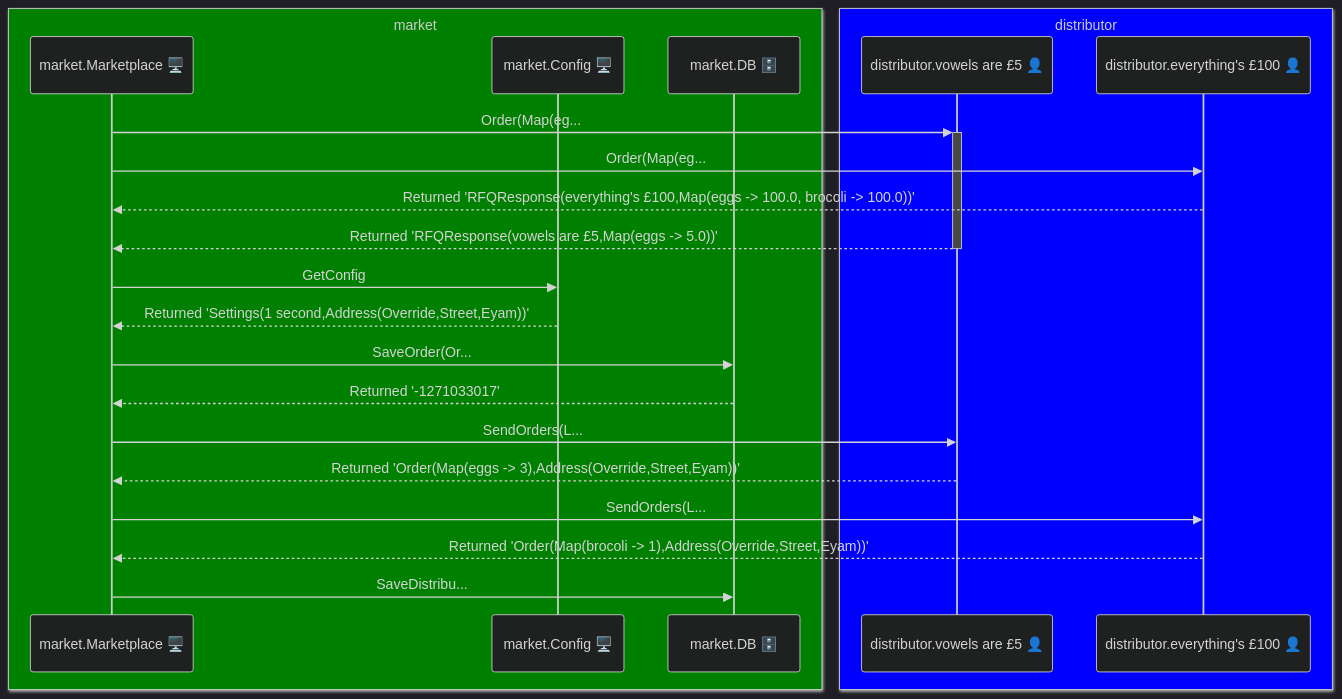
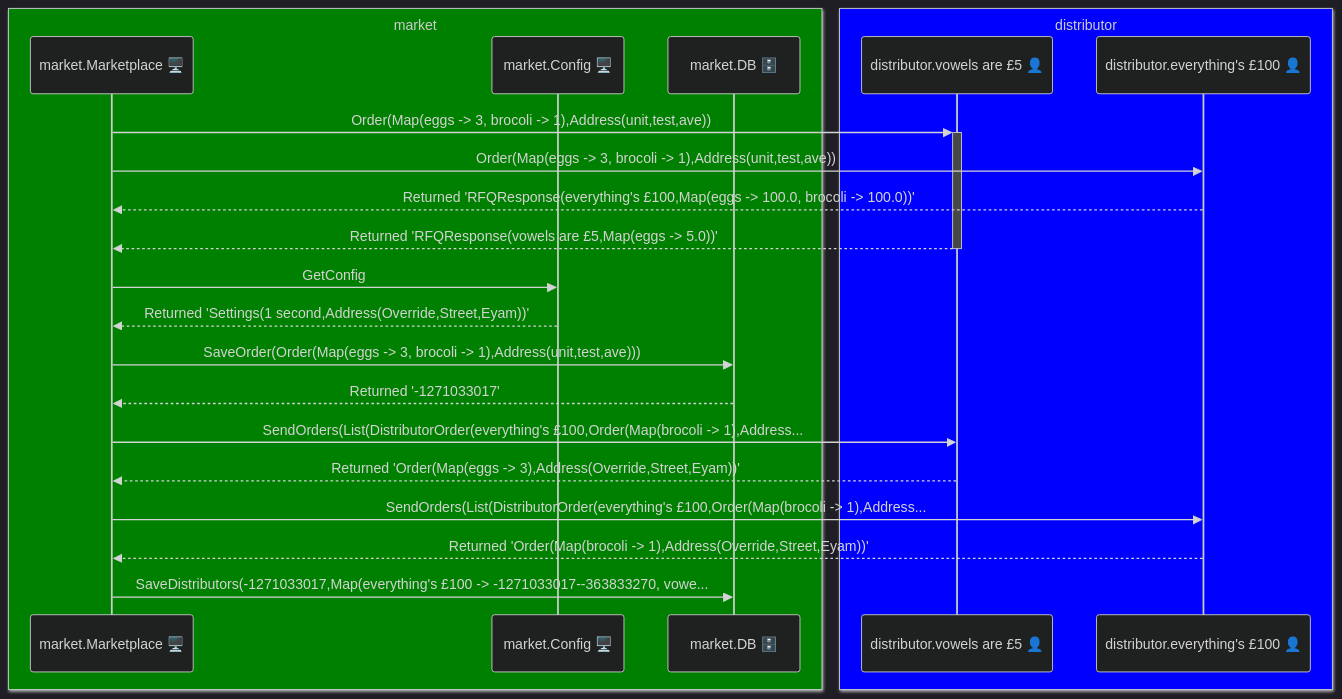
One commit to aaronp/counterparty changed the second of 3 diagrams in docs/scenarios.md. Above: the diagram before and after it, drawn with Mermaid. The commit also changed other lines of this file and 2 other files, not shown here.

Commit message:
End to end flow

````diff
--- a/docs/scenarios.md
+++ b/docs/scenarios.md
@@ -53,27 +53,27 @@
 ```mermaid
 %%{init: {"theme": "dark", 
 "themeVariables": {"primaryTextColor": "grey", "secondaryTextColor": "black", "fontFamily": "Arial", "fontSize": 14, "primaryColor": "#3498db"}}}%%
 sequenceDiagram
 	box green market
 	participant market.Marketplace 🖥️
 	participant market.Config 🖥️
 	participant market.DB 🗄️
 	end
 	box blue distributor
 	participant distributor.vowels are £5 👤
 	participant distributor.everything's £100 👤
 	end
-	market.Marketplace 🖥️ ->>+ distributor.vowels are £5 👤 : Order(Map(eg...
-	market.Marketplace 🖥️ ->> distributor.everything's £100 👤 : Order(Map(eg...
+	market.Marketplace 🖥️ ->>+ distributor.vowels are £5 👤 : Order(Map(eggs -> 3, brocoli -> 1),Address(unit,test,ave))
+	market.Marketplace 🖥️ ->> distributor.everything's £100 👤 : Order(Map(eggs -> 3, brocoli -> 1),Address(unit,test,ave))
 	distributor.everything's £100 👤 -->> market.Marketplace 🖥️ : Returned 'RFQResponse(everything's £100,Map(eggs -> 100.0, brocoli -> 100.0))'
 	distributor.vowels are £5 👤 -->>- market.Marketplace 🖥️ : Returned 'RFQResponse(vowels are £5,Map(eggs -> 5.0))'
 	market.Marketplace 🖥️ ->> market.Config 🖥️ : GetConfig
 	market.Config 🖥️ -->> market.Marketplace 🖥️ : Returned 'Settings(1 second,Address(Override,Street,Eyam))'
-	market.Marketplace 🖥️ ->> market.DB 🗄️ : SaveOrder(Or...
+	market.Marketplace 🖥️ ->> market.DB 🗄️ : SaveOrder(Order(Map(eggs -> 3, brocoli -> 1),Address(unit,test,ave)))
 	market.DB 🗄️ -->> market.Marketplace 🖥️ : Returned '-1271033017'
-	market.Marketplace 🖥️ ->> distributor.vowels are £5 👤 : SendOrders(L...
+	market.Marketplace 🖥️ ->> distributor.vowels are £5 👤 : SendOrders(List(DistributorOrder(everything's £100,Order(Map(brocoli -> 1),Address...
 	distributor.vowels are £5 👤 -->> market.Marketplace 🖥️ : Returned 'Order(Map(eggs -> 3),Address(Override,Street,Eyam))'
-	market.Marketplace 🖥️ ->> distributor.everything's £100 👤 : SendOrders(L...
+	market.Marketplace 🖥️ ->> distributor.everything's £100 👤 : SendOrders(List(DistributorOrder(everything's £100,Order(Map(brocoli -> 1),Address...
 	distributor.everything's £100 👤 -->> market.Marketplace 🖥️ : Returned 'Order(Map(brocoli -> 1),Address(Override,Street,Eyam))'
-	market.Marketplace 🖥️ ->> market.DB 🗄️ : SaveDistribu...
+	market.Marketplace 🖥️ ->> market.DB 🗄️ : SaveDistributors(-1271033017,Map(everything's £100 -> -1271033017--363833270, vowe...
 ```
````
